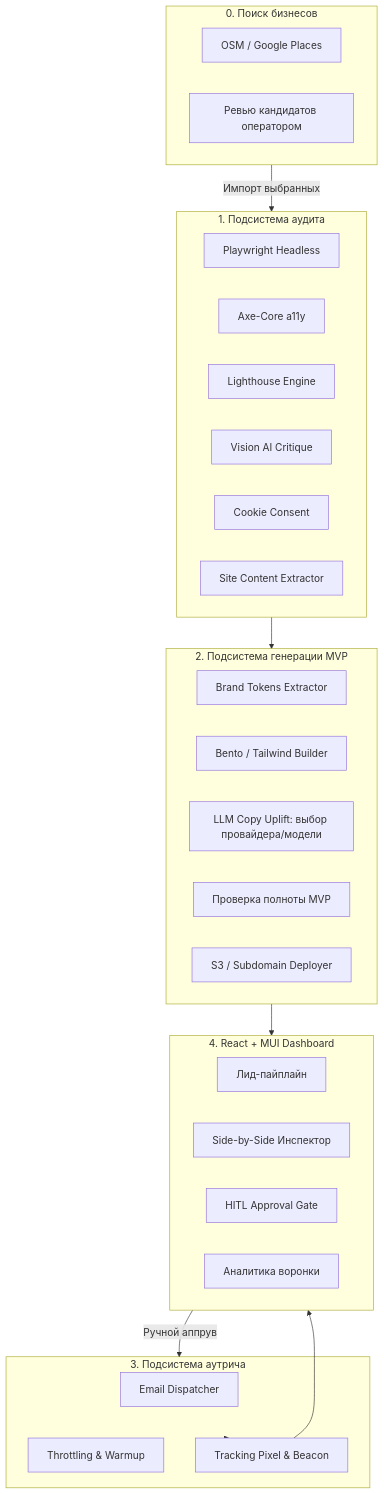
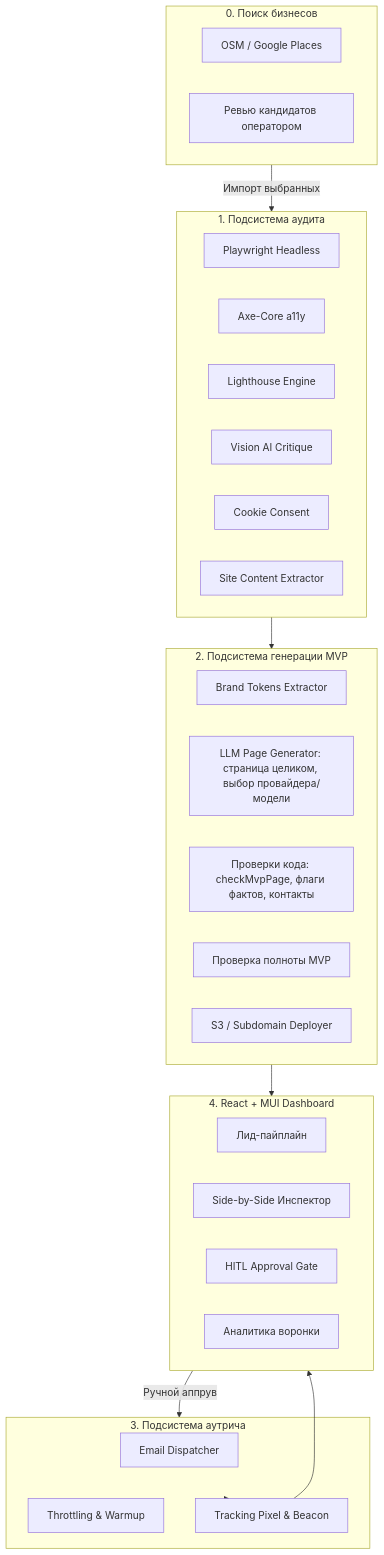
One commit to yurykurouski/revamp-docs changed the diagram in spec.md. Above: the diagram before and after it, drawn with Mermaid. The commit also changed other lines of this file, not shown here.

Commit message:
docs(REV-142): spec.md — the model-designed MVP page: requirements, versions, queues, error codes

````diff
--- a/spec.md
+++ b/spec.md
@@ -53,44 +53,44 @@
 ```mermaid
 graph TD
     subgraph S0 [0. Поиск бизнесов]
         Maps[OSM / Google Places]
         Review[Ревью кандидатов оператором]
     end
 
     subgraph S1 [1. Подсистема аудита]
         Playwright[Playwright Headless]
         Axe[Axe-Core a11y]
         LH[Lighthouse Engine]
         Vision[Vision AI Critique]
         Consent[Cookie Consent]
         SiteContent[Site Content Extractor]
     end
 
     subgraph S2 [2. Подсистема генерации MVP]
         Extractor[Brand Tokens Extractor]
-        Tailwind[Bento / Tailwind Builder]
-        AI_Copy[LLM Copy Uplift: выбор провайдера/модели]
+        PageGen[LLM Page Generator: страница целиком, выбор провайдера/модели]
+        PageChecks[Проверки кода: checkMvpPage, флаги фактов, контакты]
         Completeness[Проверка полноты MVP]
         Hosting[S3 / Subdomain Deployer]
     end
 
     subgraph S4 [4. React + MUI Dashboard]
         Kanban[Лид-пайплайн]
         Inspector[Side-by-Side Инспектор]
         HITL_Gate[HITL Approval Gate]
         AnalyticsUI[Аналитика воронки]
     end
 
     subgraph S3 [3. Подсистема аутрича]
         MailQueue[Email Dispatcher]
         Warmup[Throttling & Warmup]
         Pixel[Tracking Pixel & Beacon]
     end
 
     S0 -->|Импорт выбранных| S1
     S1 --> S2
     S2 --> S4
     S4 -->|Ручной аппрув| S3
     S3 --> Pixel
     Pixel --> S4
 ```
````
